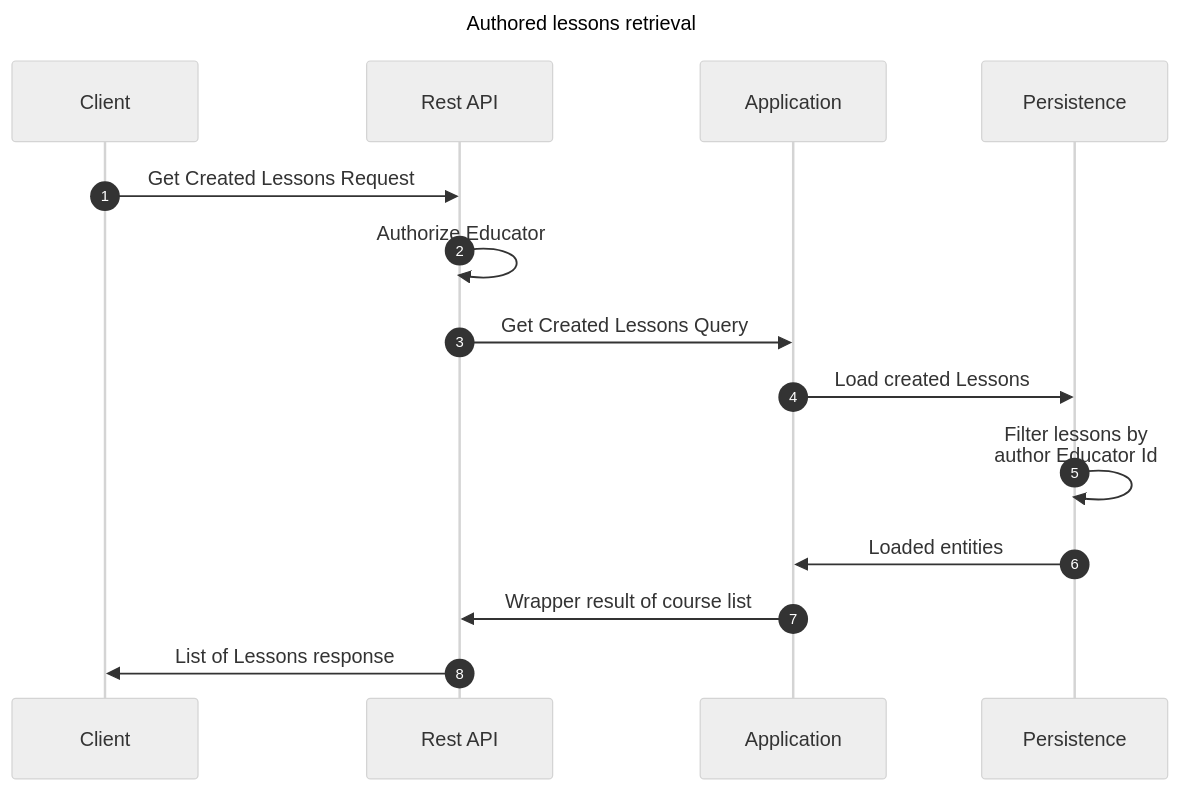
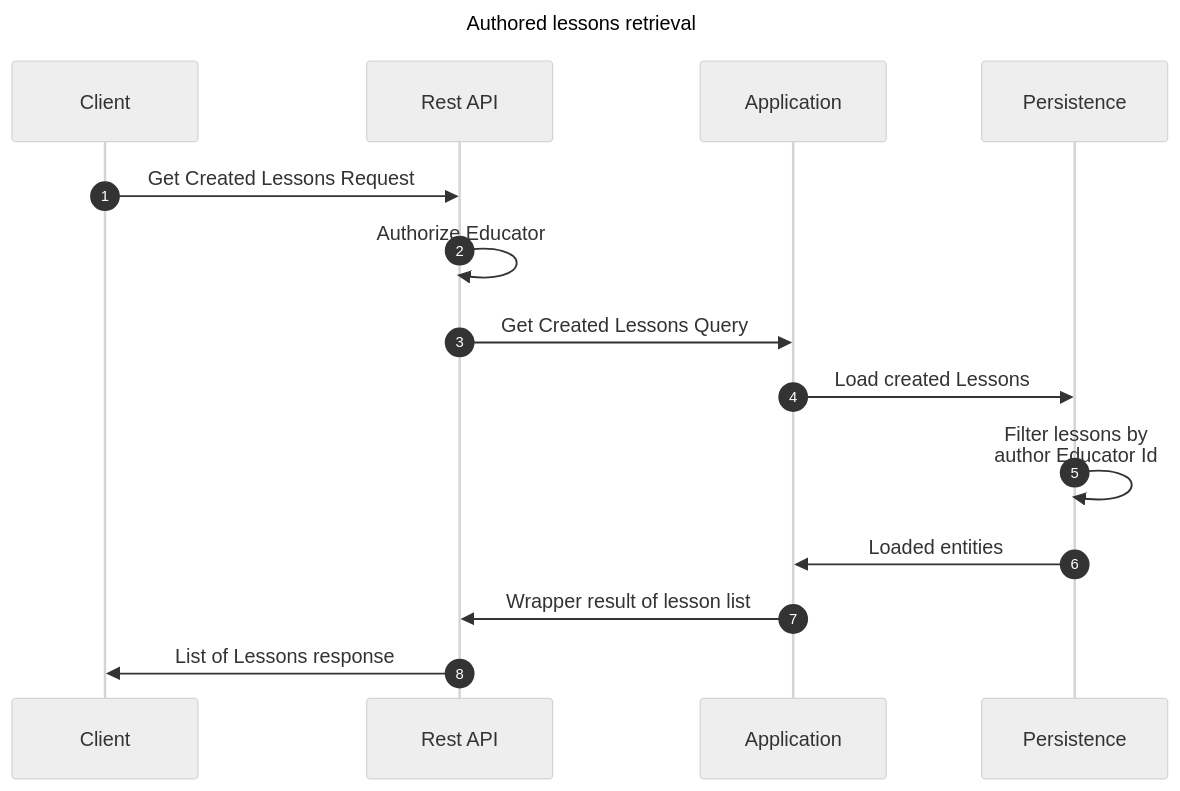
One commit to EdutieProject/edutie-backend changed the diagram in docs/edutie/flows/management/lesson/GetCreatedLessons.md. Above: the diagram before and after it, drawn with Mermaid (neutral theme). The commit also changed other lines of this file and 2 other files, not shown here.

Commit message:
Lesson flows - corrections 3

````diff
--- a/docs/edutie/flows/management/lesson/GetCreatedLessons.md
+++ b/docs/edutie/flows/management/lesson/GetCreatedLessons.md
@@ -7,19 +7,19 @@
 ```mermaid
 ---
 title: Authored lessons retrieval
 ---
 sequenceDiagram
     participant Client
     participant Rest API
     participant Application
     participant Persistence
     autonumber
     Client ->> Rest API: Get Created Lessons Request
     Rest API ->> Rest API: Authorize Educator
     Rest API ->> Application: Get Created Lessons Query
     Application ->> Persistence: Load created Lessons
     Persistence ->> Persistence: Filter lessons by<br/>author Educator Id
     Persistence ->> Application: Loaded entities
-    Application ->> Rest API: Wrapper result of course list
+    Application ->> Rest API: Wrapper result of lesson list
     Rest API ->> Client: List of Lessons response
 ```
````
